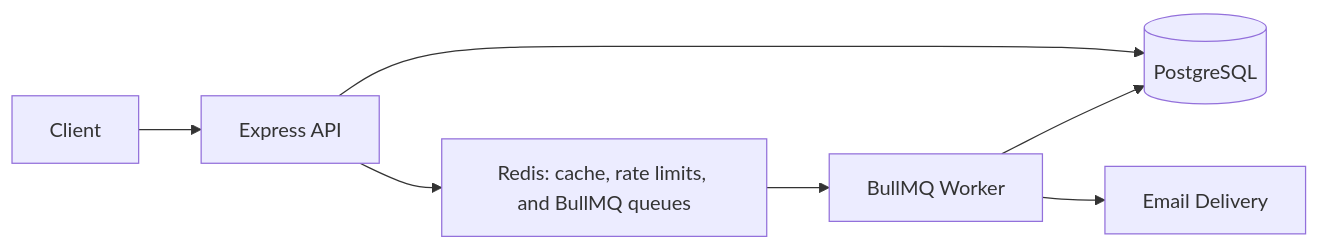
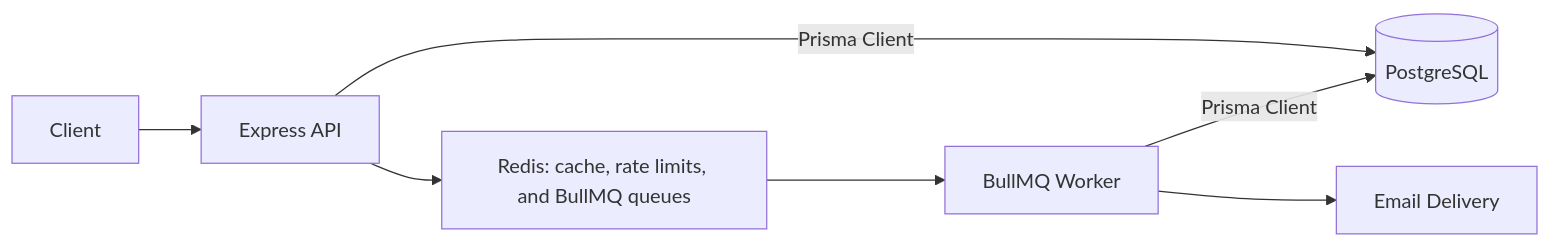
Before and after one commit to WafaaSisalem/MyEventify: the diagram in README.md, drawn with Mermaid. The commit also changed other lines of this file, not shown here.

Commit message:
docs: improve project presentation

````diff
--- a/README.md
+++ b/README.md
@@ -25,9 +27,9 @@
 ```mermaid
 flowchart LR
     Client --> API[Express API]
-    API --> DB[(PostgreSQL)]
+    API -->|Prisma Client| DB[(PostgreSQL)]
     API --> Redis[Redis: cache, rate limits, and BullMQ queues]
     Redis --> Worker[BullMQ Worker]
-    Worker --> DB
+    Worker -->|Prisma Client| DB
     Worker --> Email[Email Delivery]
 ```
````
